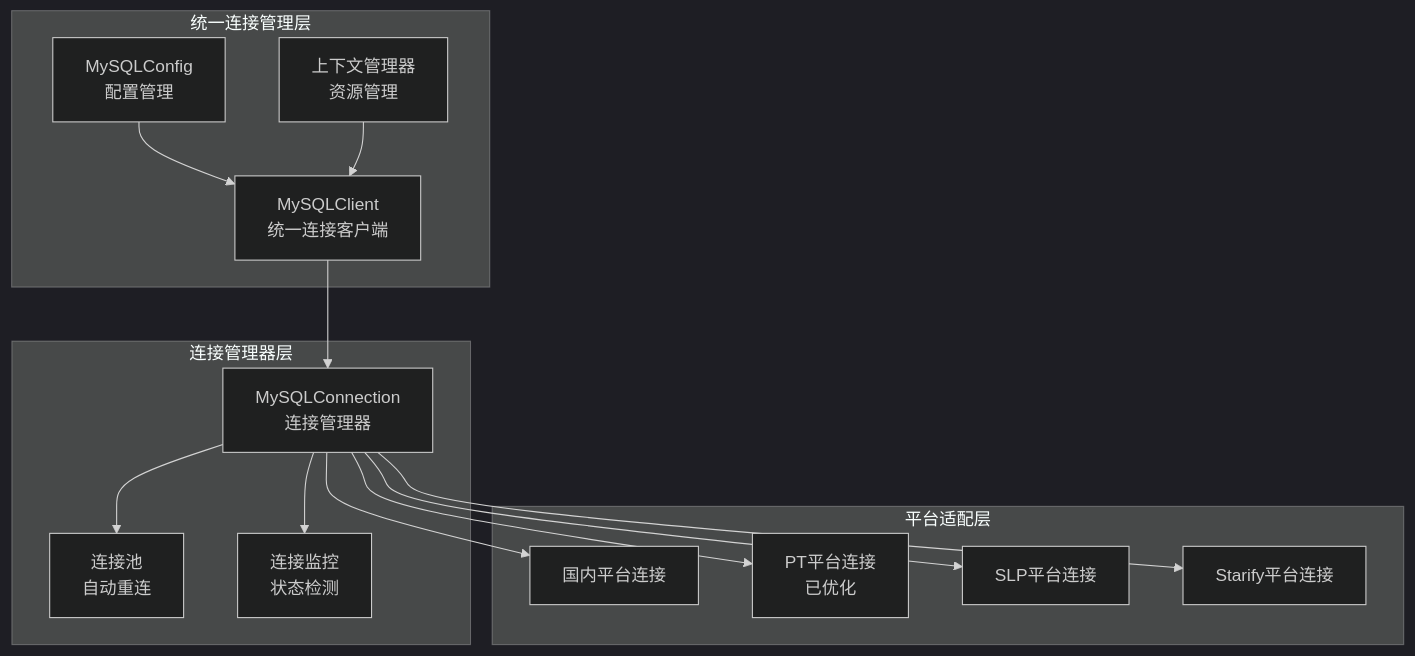
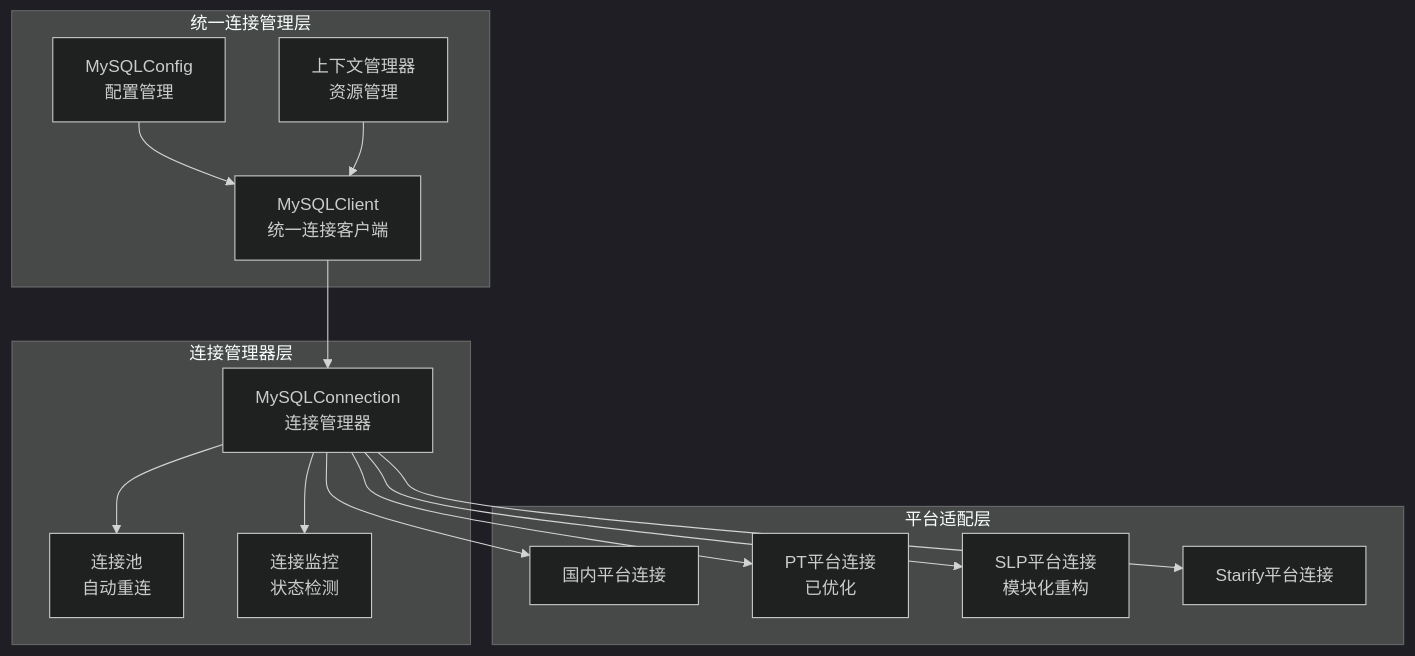
Before and after one commit to liximing1-ola/qa-payTest: the fourth of 17 diagrams in .qoder/repowiki/zh/content/数据库管理/MySQL连接管理.md, drawn with Mermaid (dark theme). The commit also changed other lines of this file and 6 other files, not shown here.

````diff
--- a/.qoder/repowiki/zh/content/数据库管理/MySQL连接管理.md
+++ b/.qoder/repowiki/zh/content/数据库管理/MySQL连接管理.md
@@ -179,28 +180,28 @@
 ```mermaid
 graph TB
 subgraph "统一连接管理层"
 CLIENT[MySQLClient<br/>统一连接客户端]
 CONFIG[MySQLConfig<br/>配置管理]
 CONTEXT[上下文管理器<br/>资源管理]
 end
 subgraph "连接管理器层"
 MANAGER[MySQLConnection<br/>连接管理器]
 POOL[连接池<br/>自动重连]
 MONITOR[连接监控<br/>状态检测]
 end
 subgraph "平台适配层"
 DOM[国内平台连接]
 PT[PT平台连接<br/>已优化]
-SLP[SLP平台连接]
+SLP[SLP平台连接<br/>模块化重构]
 STAR[Starify平台连接]
 end
 CLIENT --> MANAGER
 CONFIG --> CLIENT
 CONTEXT --> CLIENT
 MANAGER --> POOL
 MANAGER --> MONITOR
 MANAGER --> DOM
 MANAGER --> PT
 MANAGER --> SLP
 MANAGER --> STAR
 ```
````
